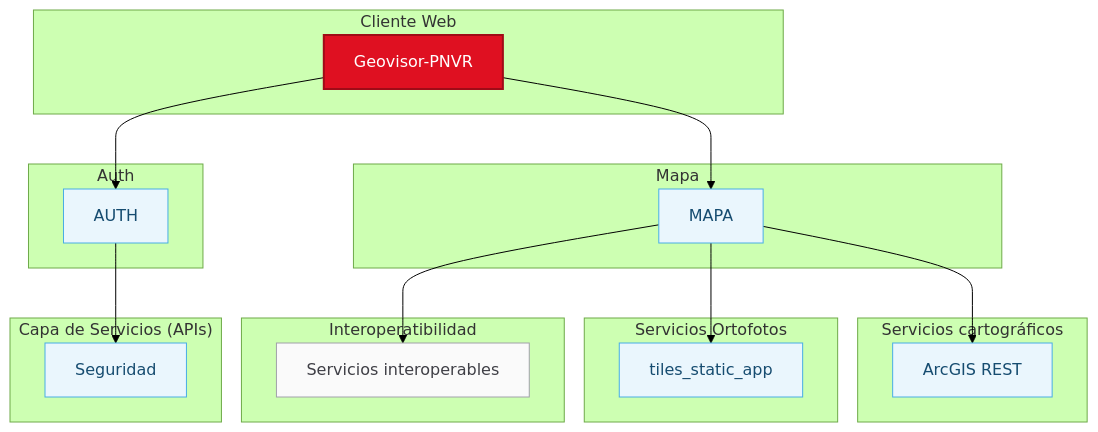
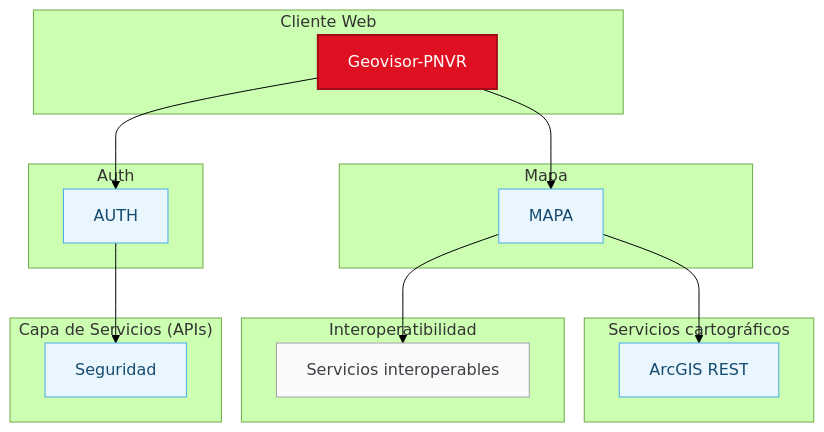
One commit to jchafloquem/visor_pnsr changed the diagram in README.md. Above: the diagram before and after it, drawn with Mermaid (forest theme). The commit also changed other lines of this file and 26 other files, not shown here.

````diff
--- a/README.md
+++ b/README.md
@@ -135,57 +157,52 @@
 ```mermaid
 graph TB
   %% =========================
   %% COMPONENTES
   %% =========================
   subgraph "Cliente Web"
     FRONT[Geovisor-PNVR]
   end 
 
   subgraph "Auth"
     AUTH[AUTH]
   end
 
   subgraph "Mapa"
     MAPA[MAPA]
   end
 
   subgraph "Servicios cartográficos"
     ARCGIS[ArcGIS REST]
   end
 
-  subgraph "Servicios Ortofotos"
-    ORTOFOTOS[tiles_static_app]
-  end
-
   subgraph "Interoperatibilidad"
     INTER[Servicios interoperables]
   end
 
   subgraph "Capa de Servicios (APIs)"
     SEGURIDAD[Seguridad]
   end  
 
   %% =========================
   %% RELACIONES
   %% =========================
   FRONT --> AUTH
   FRONT --> MAPA
   AUTH --> SEGURIDAD
   MAPA --> ARCGIS
-  MAPA --> ORTOFOTOS
   MAPA --> INTER
 
   %% =========================
   %% ESTILOS
   %% =========================
   classDef front fill:#df1021,stroke:#a00b17,stroke-width:2px,color:#fff;
   classDef service fill:#eaf6fd,stroke:#48ade5,stroke-width:1px,color:#164c70;
   classDef db fill:#fefce8,stroke:#eab308,stroke-width:1px,color:#854d0e;
   classDef external fill:#fafafa,stroke:#a1a1aa,stroke-width:1px,color:#3f3f46;
 
   class FRONT front;
-  class AUTH,MAPA,ARCGIS,ORTOFOTOS,SEGURIDAD service;
+  class AUTH,MAPA,ARCGIS,SEGURIDAD service;
   class INTER external;
   class DB1 db;
   class DB2 db;
 ```
````
